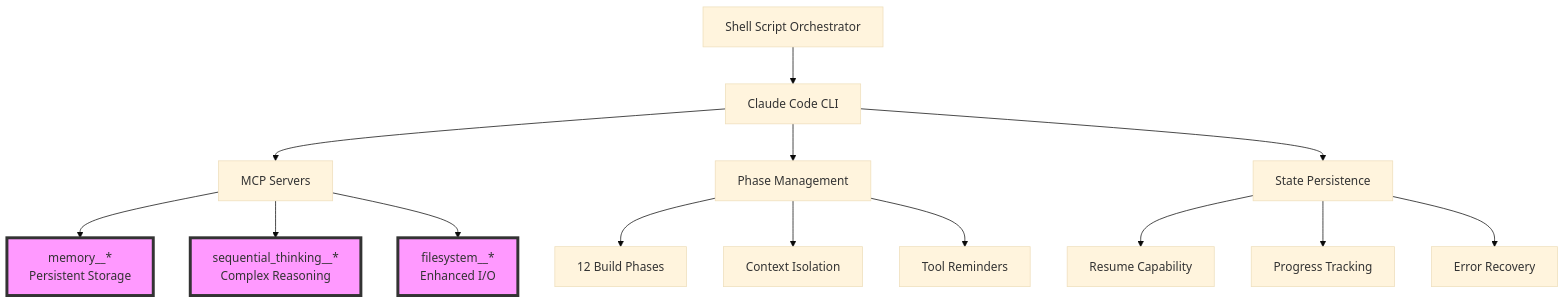
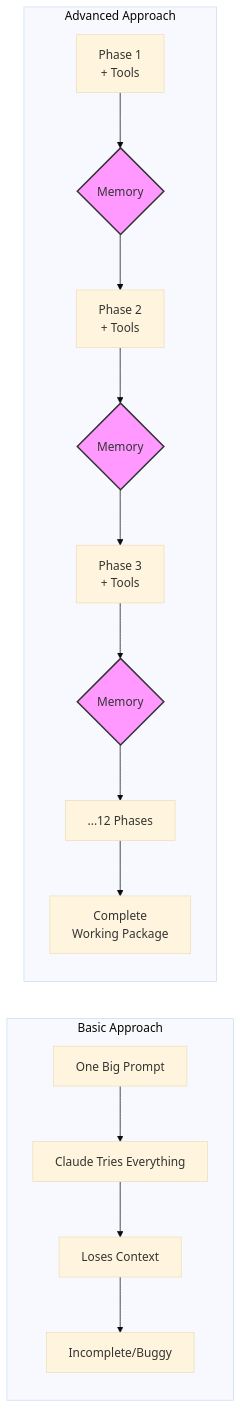
Before and after one commit to krzemienski/enhanced-claude-code: the diagram in README.md, drawn with Mermaid (base theme). The commit also changed other lines of this file, not shown here.

````diff
--- a/README.md
+++ b/README.md
@@ -96,23 +142,22 @@
 ```mermaid
-graph TD
-    A[Shell Script Orchestrator] --> B[Claude Code CLI]
-    B --> C[MCP Servers]
-    B --> D[Phase Management]
-    B --> E[State Persistence]
+graph LR
+    subgraph "Basic Approach"
+        B1[One Big Prompt] --> B2[Claude Tries Everything]
+        B2 --> B3[Loses Context]
+        B3 --> B4[Incomplete/Buggy]
+    end
     
-    C --> C1[memory__*<br/>Persistent Storage]
-    C --> C2[sequential_thinking__*<br/>Complex Reasoning]
-    C --> C3[filesystem__*<br/>Enhanced I/O]
+    subgraph "Advanced Approach"
+        A1[Phase 1<br/>+ Tools] --> M1{Memory}
+        M1 --> A2[Phase 2<br/>+ Tools]
+        A2 --> M2{Memory}
+        M2 --> A3[Phase 3<br/>+ Tools]
+        A3 --> M3{Memory}
+        M3 --> A4[...12 Phases]
+        A4 --> A5[Complete<br/>Working Package]
+    end
     
-    D --> D1[12 Build Phases]
-    D --> D2[Context Isolation]
-    D --> D3[Tool Reminders]
-    
-    E --> E1[Resume Capability]
-    E --> E2[Progress Tracking]
-    E --> E3[Error Recovery]
-    
-    style C1 fill:#f9f,stroke:#333,stroke-width:4px
-    style C2 fill:#f9f,stroke:#333,stroke-width:4px
-    style C3 fill:#f9f,stroke:#333,stroke-width:4px
+    style M1 fill:#f9f,stroke:#333,stroke-width:2px
+    style M2 fill:#f9f,stroke:#333,stroke-width:2px
+    style M3 fill:#f9f,stroke:#333,stroke-width:2px
 ```
````
